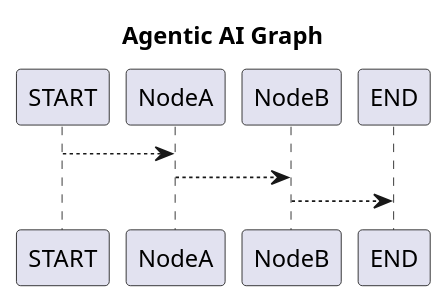
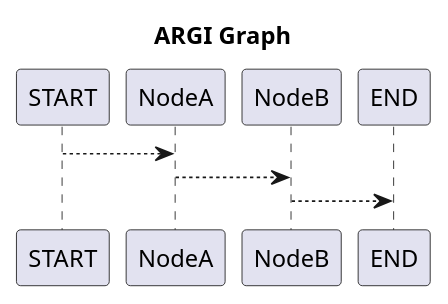
The first of 2 diagrams in docs/frameworks/graph-core/examples/plantuml.md (agentic-ai-java/argi-website), drawn with PlantUML before and after one commit. The commit also changed other lines of this file and 77 other files, not shown here.

```diff
--- a/docs/frameworks/graph-core/examples/plantuml.md
+++ b/docs/frameworks/graph-core/examples/plantuml.md
@@ -48,6 +48,6 @@
     @startuml
-    title Agentic AI Graph
+    title ARGI Graph
     START --> NodeA
     NodeA --> NodeB
     NodeB --> END
     @enduml
```
